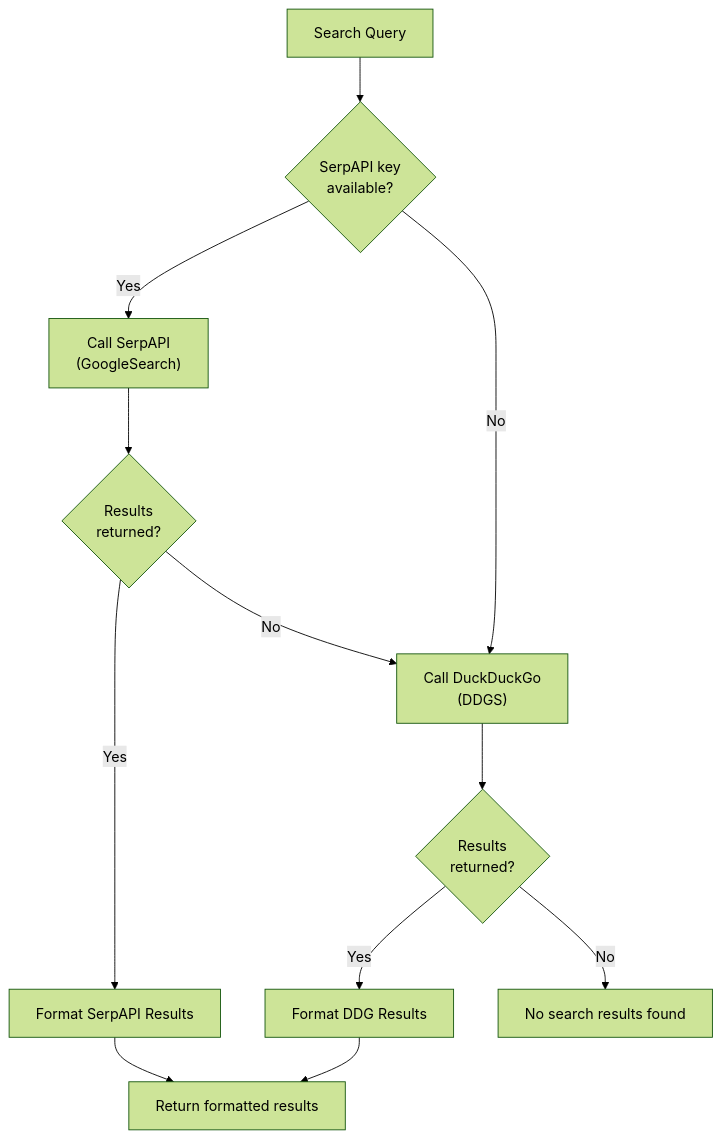
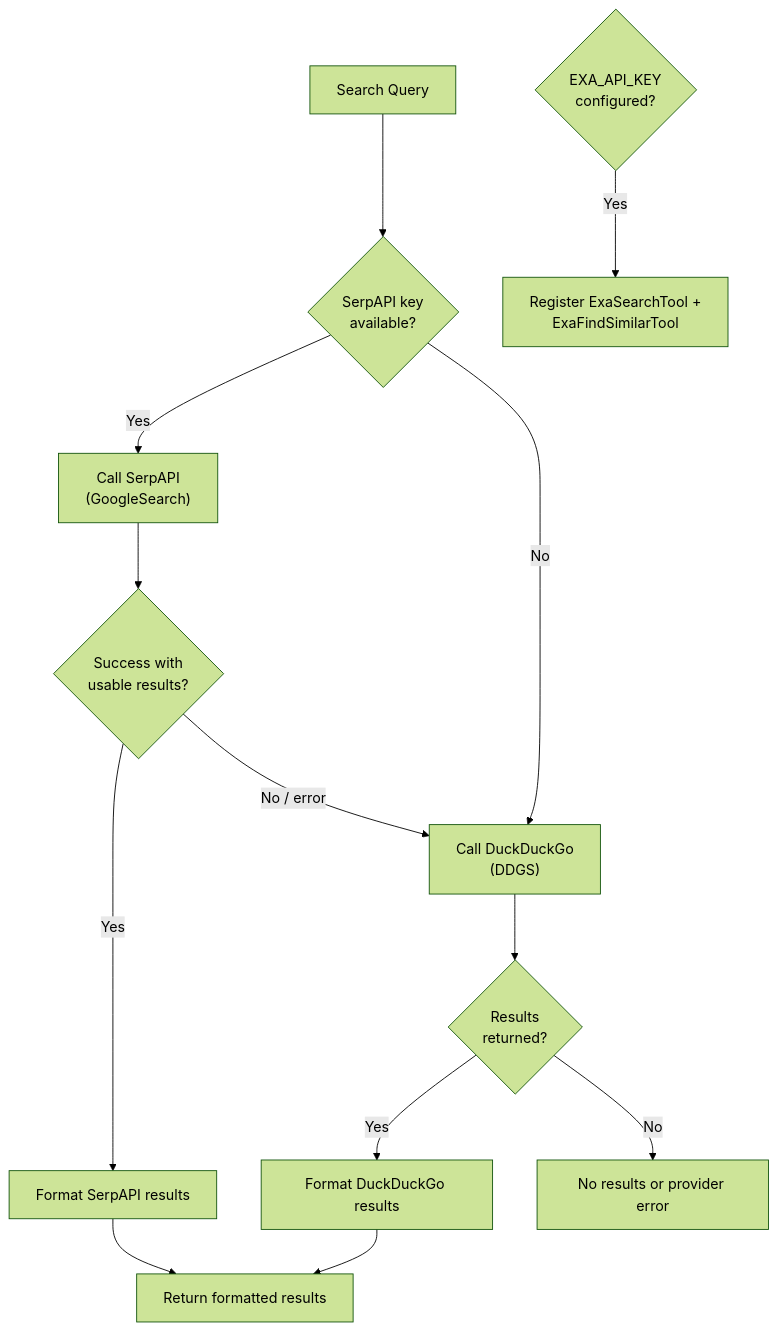
One commit to AgenticInternet/agentic-internet changed the sixth of 10 diagrams in specs/CODEBASE_DIAGRAM.md. Above: the diagram before and after it, drawn with Mermaid (forest theme). The commit also changed other lines of this file, not shown here.

Commit message:
docs: update codebase architecture diagrams

````diff
--- a/specs/CODEBASE_DIAGRAM.md
+++ b/specs/CODEBASE_DIAGRAM.md
@@ -432,19 +389,22 @@
 ```mermaid
 flowchart TB
     query["Search Query"]
     query --> check_serpapi{"SerpAPI key<br/>available?"}
 
     check_serpapi -->|Yes| try_serpapi["Call SerpAPI<br/>(GoogleSearch)"]
     check_serpapi -->|No| ddg["Call DuckDuckGo<br/>(DDGS)"]
 
-    try_serpapi --> serpapi_ok{"Results<br/>returned?"}
-    serpapi_ok -->|Yes| format_serp["Format SerpAPI Results"]
-    serpapi_ok -->|No| ddg
+    try_serpapi --> serpapi_ok{"Success with<br/>usable results?"}
+    serpapi_ok -->|Yes| format_serp["Format SerpAPI results"]
+    serpapi_ok -->|"No / error"| ddg
 
     ddg --> ddg_ok{"Results<br/>returned?"}
-    ddg_ok -->|Yes| format_ddg["Format DDG Results"]
-    ddg_ok -->|No| no_results["No search results found"]
+    ddg_ok -->|Yes| format_ddg["Format DuckDuckGo results"]
+    ddg_ok -->|No| no_results["No results or provider error"]
 
     format_serp --> result["Return formatted results"]
     format_ddg --> result
+
+    exa_key{"EXA_API_KEY<br/>configured?"}
+    exa_key -->|Yes| exa_tools["Register ExaSearchTool +<br/>ExaFindSimilarTool"]
 ```
````
